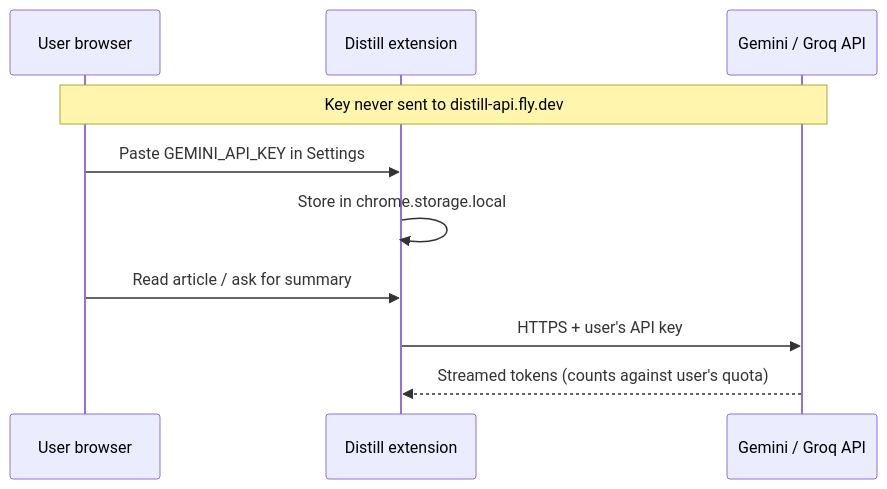
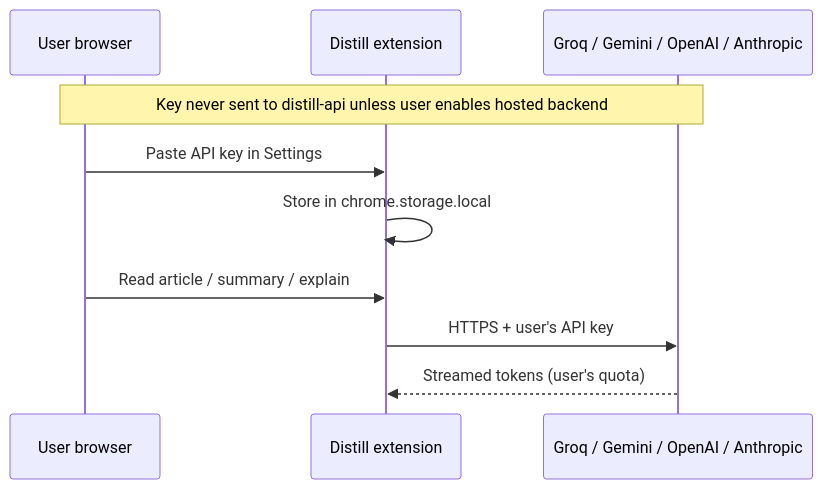
The diagram in docs/FREE_LLM.md (rsheth8/distill), drawn with Mermaid before and after one commit. The commit also changed other lines of this file and 10 other files, not shown here.

First line of the commit message:
docs: refresh READMEs for BYOK-first flow and clean up repo

````diff
--- a/docs/FREE_LLM.md
+++ b/docs/FREE_LLM.md
@@ -25,13 +17,13 @@
 ```mermaid
 sequenceDiagram
   participant User as User browser
   participant Ext as Distill extension
-  participant LLM as Gemini / Groq API
+  participant LLM as Groq / Gemini / OpenAI / Anthropic
 
-  Note over User,LLM: Key never sent to distill-api.fly.dev
-  User->>Ext: Paste GEMINI_API_KEY in Settings
+  Note over User,LLM: Key never sent to distill-api unless user enables hosted backend
+  User->>Ext: Paste API key in Settings
   Ext->>Ext: Store in chrome.storage.local
-  User->>Ext: Read article / ask for summary
+  User->>Ext: Read article / summary / explain
   Ext->>LLM: HTTPS + user's API key
-  LLM-->>Ext: Streamed tokens (counts against user's quota)
+  LLM-->>Ext: Streamed tokens (user's quota)
 ```
````
